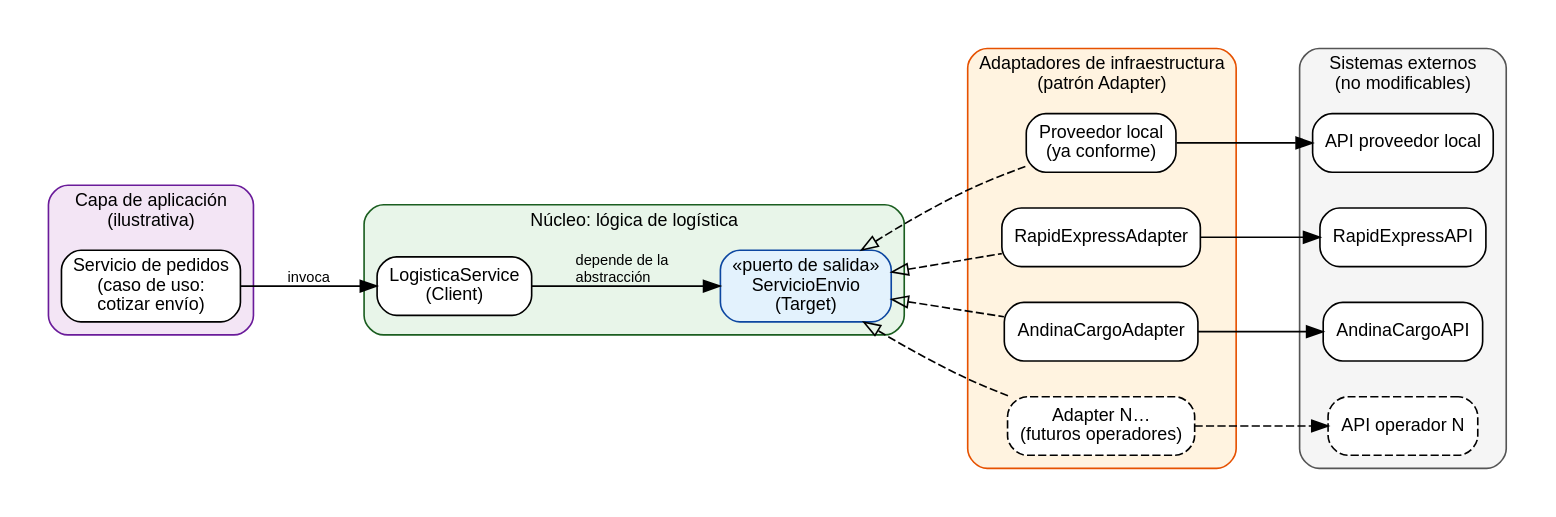
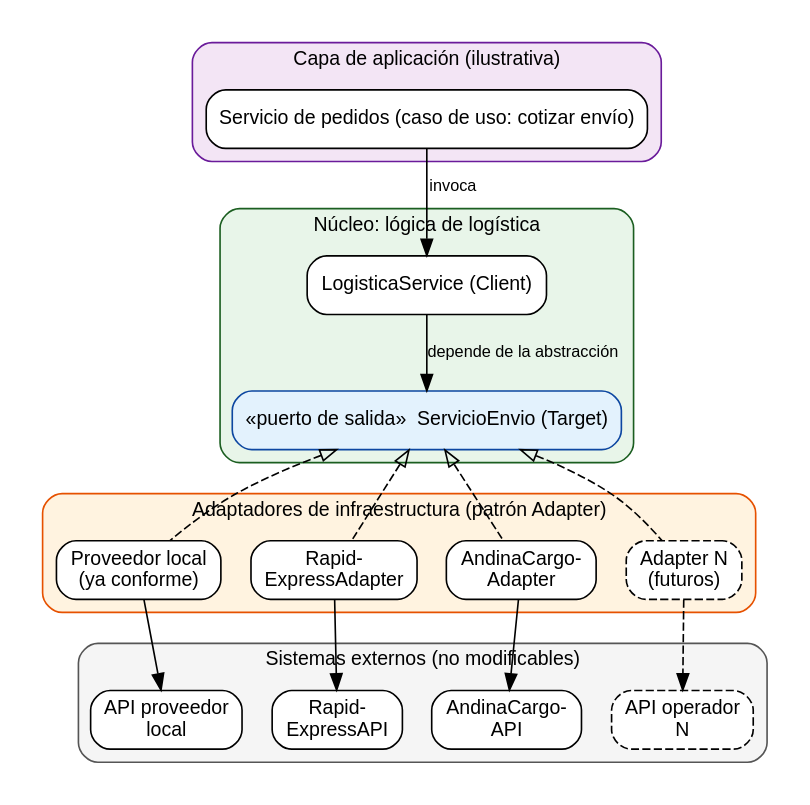
One commit to Mauricio10228/agroconecta-adapter changed the diagram in docs/img/fig3_arquitectura.dot. Above: the diagram before and after it, drawn with Graphviz. The commit also changed 6 other files, not shown here.

Commit message:
docs: diagramas compactos para lectura a ancho de página

```diff
--- a/docs/img/fig3_arquitectura.dot
+++ b/docs/img/fig3_arquitectura.dot
@@ -1,16 +1,16 @@
 digraph G {
- graph [rankdir=LR, nodesep=0.3, ranksep=0.75, fontname="Liberation Sans", pad=0.2, compound=true, newrank=true];
- node [fontname="Liberation Sans", shape=box, style="rounded,filled", fillcolor="#FFFFFF", fontsize=11]; edge [fontname="Liberation Sans", fontsize=9];
- subgraph cluster_in { label="Capa de aplicación\n(ilustrativa)"; style="rounded,filled"; fillcolor="#F3E5F5"; color="#6A1B9A"; fontsize=11;
-   UC [label="Servicio de pedidos\n(caso de uso:\ncotizar envío)"]; }
- subgraph cluster_core { label="Núcleo: lógica de logística"; style="rounded,filled"; fillcolor="#E8F5E9"; color="#1B5E20"; fontsize=11;
-   LS [label="LogisticaService\n(Client)"]; P [label="«puerto de salida»\nServicioEnvio\n(Target)", fillcolor="#E3F2FD", color="#0D47A1"]; }
- subgraph cluster_ad { label="Adaptadores de infraestructura\n(patrón Adapter)"; style="rounded,filled"; fillcolor="#FFF3E0"; color="#E65100"; fontsize=11;
-   AL [label="Proveedor local\n(ya conforme)"]; AR [label="RapidExpressAdapter"]; AA [label="AndinaCargoAdapter"]; AN [label="Adapter N…\n(futuros operadores)", style="rounded,dashed,filled"]; }
- subgraph cluster_ext { label="Sistemas externos\n(no modificables)"; style="rounded,filled"; fillcolor="#F5F5F5"; color="#555555"; fontsize=11;
-   EL [label="API proveedor local"]; ER [label="RapidExpressAPI"]; EA [label="AndinaCargoAPI"]; EN [label="API operador N", style="rounded,dashed,filled"]; }
+ graph [rankdir=TB, nodesep=0.25, ranksep=0.5, fontname="Liberation Sans", pad=0.15, newrank=true];
+ node [fontname="Liberation Sans", shape=box, style="rounded,filled", fillcolor="#FFFFFF", fontsize=12]; edge [fontname="Liberation Sans", fontsize=10];
+ subgraph cluster_in { label="Capa de aplicación (ilustrativa)"; style="rounded,filled"; fillcolor="#F3E5F5"; color="#6A1B9A"; fontsize=12;
+   UC [label="Servicio de pedidos (caso de uso: cotizar envío)"]; }
+ subgraph cluster_core { label="Núcleo: lógica de logística"; style="rounded,filled"; fillcolor="#E8F5E9"; color="#1B5E20"; fontsize=12;
+   LS [label="LogisticaService (Client)"]; P [label="«puerto de salida»  ServicioEnvio (Target)", fillcolor="#E3F2FD", color="#0D47A1"]; }
+ subgraph cluster_ad { label="Adaptadores de infraestructura (patrón Adapter)"; style="rounded,filled"; fillcolor="#FFF3E0"; color="#E65100"; fontsize=12;
+   AL [label="Proveedor local\n(ya conforme)"]; AR [label="Rapid-\nExpressAdapter"]; AA [label="AndinaCargo-\nAdapter"]; AN [label="Adapter N\n(futuros)", style="rounded,dashed,filled"]; }
+ subgraph cluster_ext { label="Sistemas externos (no modificables)"; style="rounded,filled"; fillcolor="#F5F5F5"; color="#555555"; fontsize=12;
+   EL [label="API proveedor\nlocal"]; ER [label="Rapid-\nExpressAPI"]; EA [label="AndinaCargo-\nAPI"]; EN [label="API operador\nN", style="rounded,dashed,filled"]; }
  UC -> LS [label=" invoca"];
- LS -> P [label=" depende de la\l abstracción\l"];
+ LS -> P [label=" depende de la abstracción"];
  P -> AL [dir=back, arrowtail=empty, style=dashed]; P -> AR [dir=back, arrowtail=empty, style=dashed]; P -> AA [dir=back, arrowtail=empty, style=dashed]; P -> AN [dir=back, arrowtail=empty, style=dashed];
  AL -> EL; AR -> ER; AA -> EA; AN -> EN [style=dashed];
 }
```
